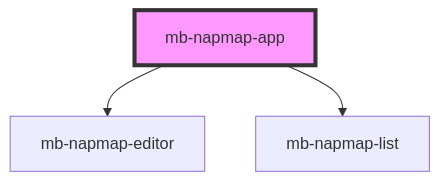
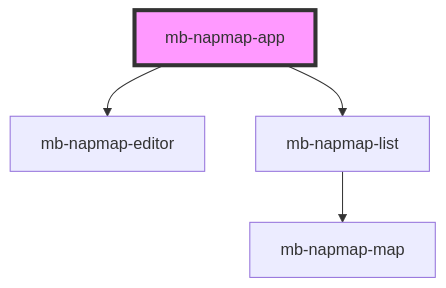
One commit to Marosko123/napmap-ufe changed the diagram in src/components/mb-napmap-app/readme.md. Above: the diagram before and after it, drawn with Mermaid. The commit also changed 8 other files, not shown here.

````diff
--- a/src/components/mb-napmap-app/readme.md
+++ b/src/components/mb-napmap-app/readme.md
@@ -24,6 +24,7 @@
 ```mermaid
 graph TD;
   mb-napmap-app --> mb-napmap-editor
   mb-napmap-app --> mb-napmap-list
+  mb-napmap-list --> mb-napmap-map
   style mb-napmap-app fill:#f9f,stroke:#333,stroke-width:4px
 ```
````
